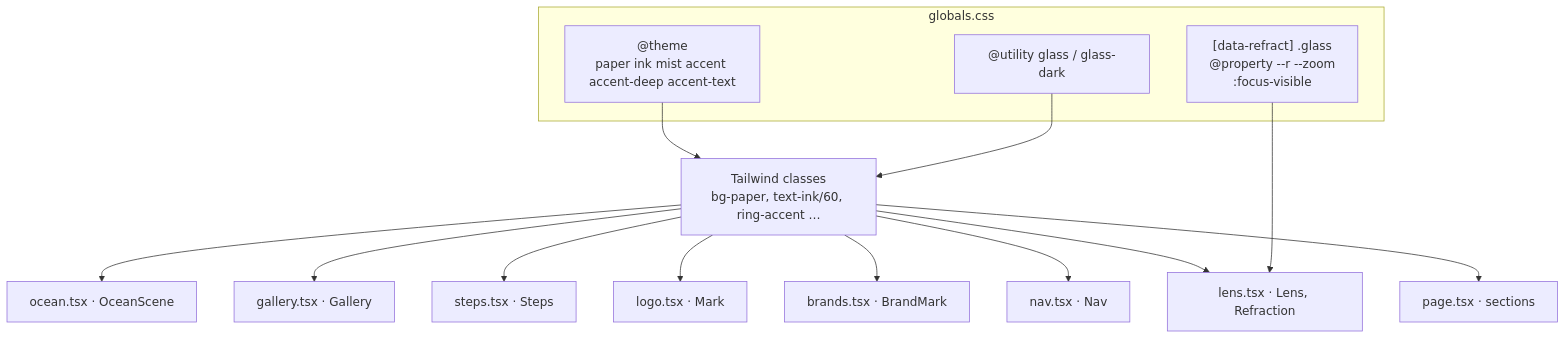
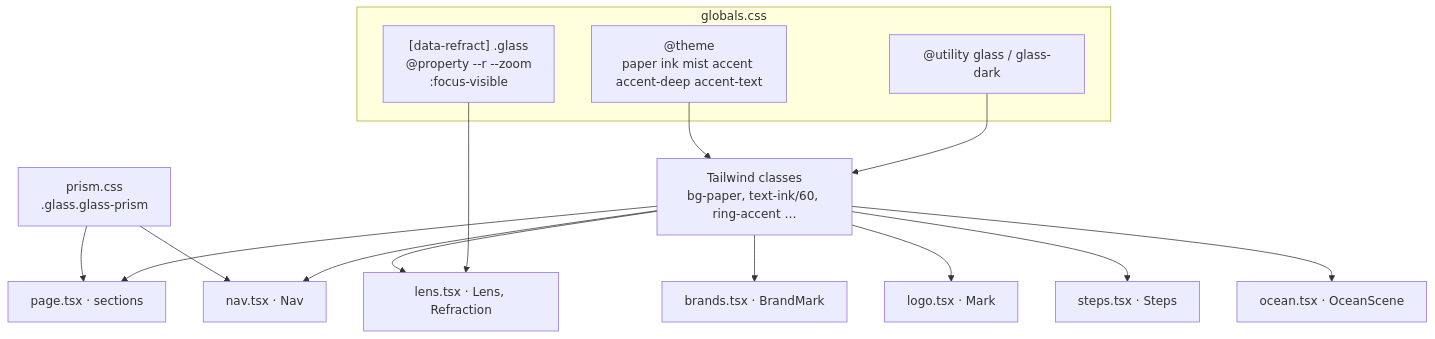
One commit to PUCTech/rayume changed the eighth of 8 diagrams in docs/design/README.md. Above: the diagram before and after it, drawn with Mermaid. The commit also changed other lines of this file and 5 other files, not shown here.

````diff
--- a/docs/design/README.md
+++ b/docs/design/README.md
@@ -449,19 +449,20 @@
 ```mermaid
 flowchart TB
   subgraph css["globals.css"]
     T["@theme<br/>paper ink mist accent accent-deep accent-text"]
     U["@utility glass / glass-dark"]
     X["[data-refract] .glass<br/>@property --r --zoom<br/>:focus-visible"]
   end
+  PR["prism.css<br/>.glass.glass-prism"] --> NV
+  PR --> PG
   T --> TW["Tailwind classes<br/>bg-paper, text-ink/60, ring-accent …"]
   U --> TW
   TW --> PG["page.tsx · sections"]
   TW --> NV["nav.tsx · Nav"]
   TW --> LN["lens.tsx · Lens, Refraction"]
   TW --> BR["brands.tsx · BrandMark"]
   TW --> LG["logo.tsx · Mark"]
   TW --> ST["steps.tsx · Steps"]
-  TW --> GA["gallery.tsx · Gallery"]
   TW --> OC["ocean.tsx · OceanScene"]
   X --> LN
 ```
````
